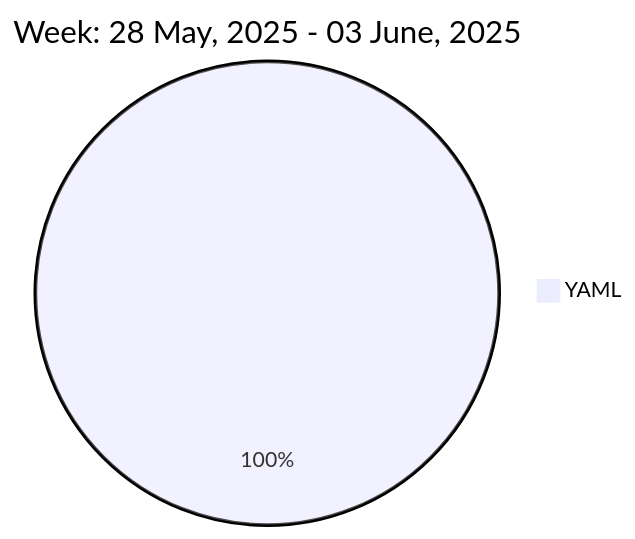
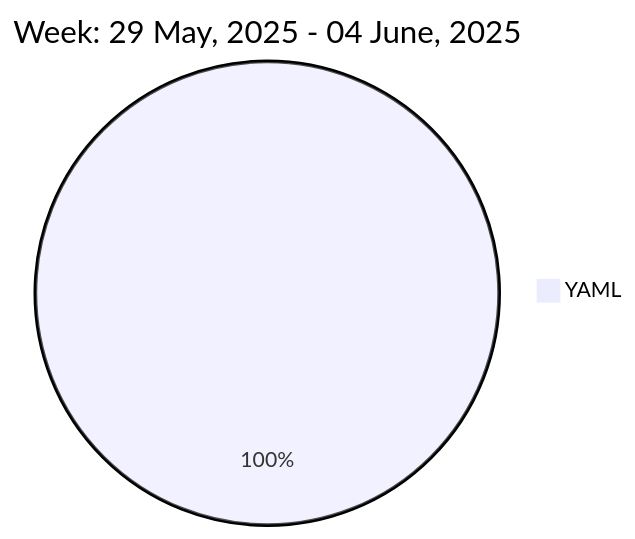
The diagram in README.md (liubin95/liubin95), drawn with Mermaid before and after one commit.

Commit message:
Updated the Graph with new Metrics

````diff
--- a/README.md
+++ b/README.md
@@ -37,5 +37,5 @@
 ```mermaid
  pie
-title Week: 28 May, 2025 - 03 June, 2025
+title Week: 29 May, 2025 - 04 June, 2025
  "YAML" : 1.27
 ```
````
